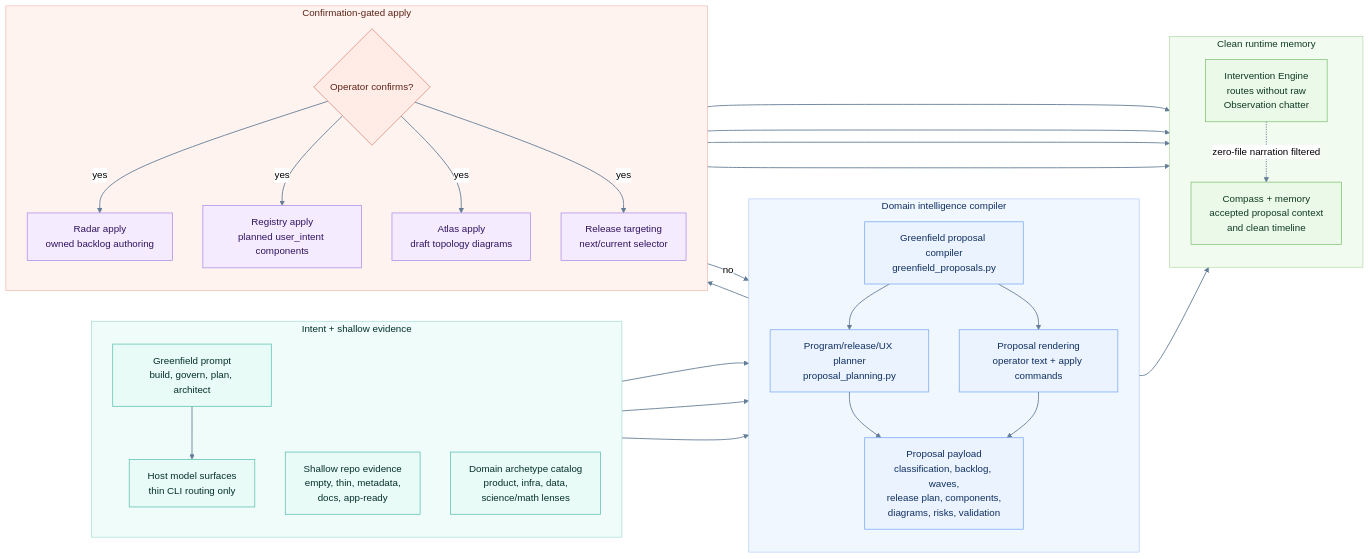
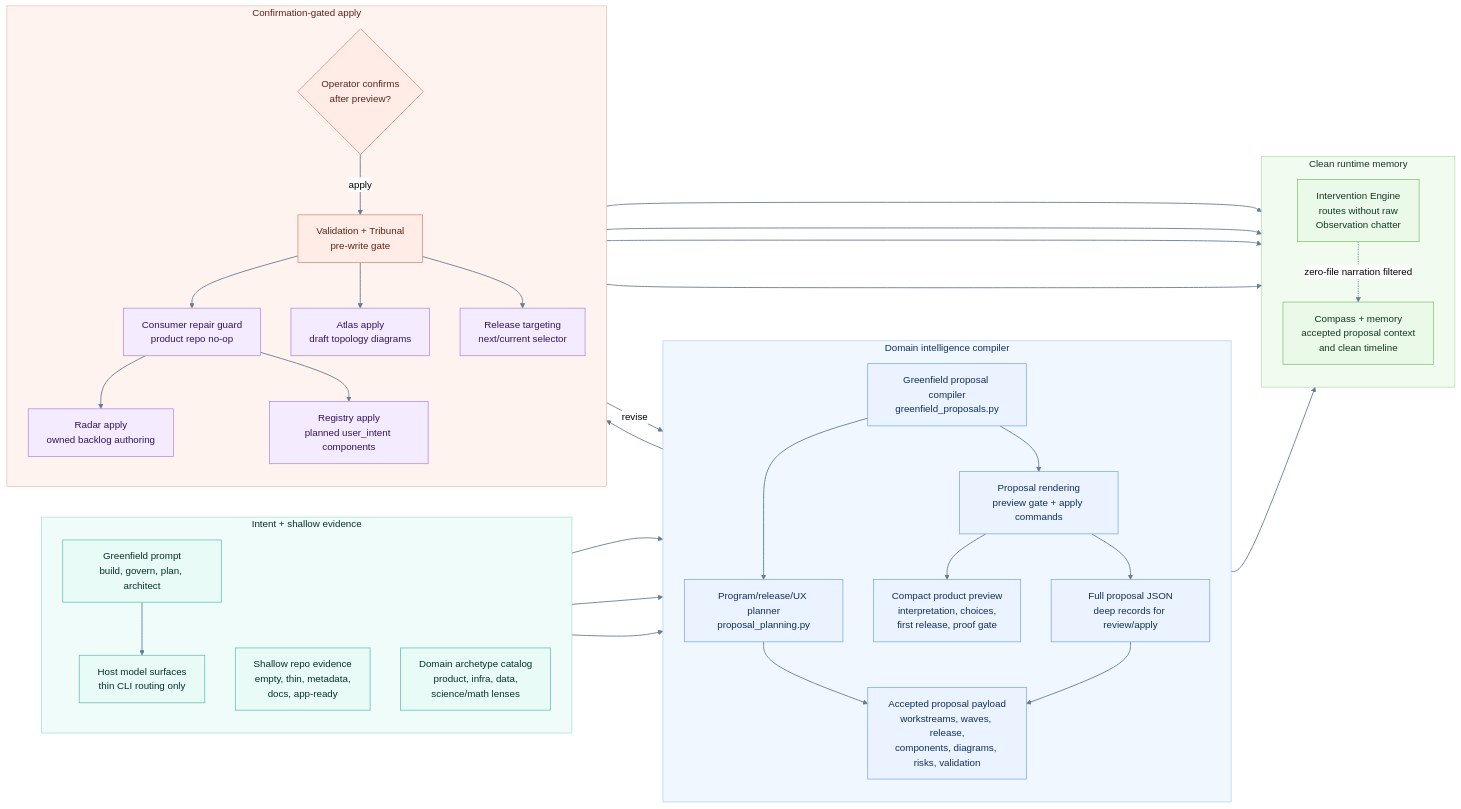
The diagram in odylith/atlas/source/domain-intelligence-greenfield-governance.mmd (odylith/odylith), drawn with Mermaid (neutral theme) before and after one commit. The commit also changed 63 other files, not shown here.

Commit message:
Harden greenfield preview gates and repair isolation

```diff
--- a/odylith/atlas/source/domain-intelligence-greenfield-governance.mmd
+++ b/odylith/atlas/source/domain-intelligence-greenfield-governance.mmd
@@ -1,67 +1,76 @@
 flowchart LR
     subgraph intent_lane["Intent + shallow evidence"]
       direction TB
       prompt["Greenfield prompt<br/>build, govern, plan, architect"]
       host["Host model surfaces<br/>thin CLI routing only"]
       source["Shallow repo evidence<br/>empty, thin, metadata,<br/>docs, app-ready"]
       catalog["Domain archetype catalog<br/>product, infra, data,<br/>science/math lenses"]
     end
 
     subgraph reasoning_lane["Domain intelligence compiler"]
       direction TB
       compiler["Greenfield proposal compiler<br/>greenfield_proposals.py"]
       planning["Program/release/UX planner<br/>proposal_planning.py"]
-      rendering["Proposal rendering<br/>operator text + apply commands"]
-      proposal["Proposal payload<br/>classification, backlog, waves,<br/>release plan, components,<br/>diagrams, risks, validation"]
+      rendering["Proposal rendering<br/>preview gate + apply commands"]
+      preview["Compact product preview<br/>interpretation, choices,<br/>first release, proof gate"]
+      fulljson["Full proposal JSON<br/>deep records for review/apply"]
+      proposal["Accepted proposal payload<br/>workstreams, waves, release,<br/>components, diagrams, risks, validation"]
     end
 
     subgraph confirmation_lane["Confirmation-gated apply"]
       direction TB
-      confirm{"Operator confirms?"}
+      confirm{"Operator confirms<br/>after preview?"}
+      tribunal["Validation + Tribunal<br/>pre-write gate"]
+      lane_guard["Consumer repair guard<br/>product repo no-op"]
       radar["Radar apply<br/>owned backlog authoring"]
       registry["Registry apply<br/>planned user_intent components"]
       atlas["Atlas apply<br/>draft topology diagrams"]
       release["Release targeting<br/>next/current selector"]
     end
 
     subgraph memory_lane["Clean runtime memory"]
       direction TB
       intervention["Intervention Engine<br/>routes without raw<br/>Observation chatter"]
       compass["Compass + memory<br/>accepted proposal context<br/>and clean timeline"]
     end
 
     prompt --> host
     host --> compiler
     source --> compiler
     catalog --> compiler
     compiler --> planning --> proposal
-    compiler --> rendering --> proposal
+    compiler --> rendering
+    rendering --> preview
+    rendering --> fulljson
+    fulljson --> proposal
+    preview --> confirm
     proposal --> intervention
-    proposal --> confirm
-    confirm -- "no" --> proposal
-    confirm -- "yes" --> radar
-    confirm -- "yes" --> registry
-    confirm -- "yes" --> atlas
-    confirm -- "yes" --> release
+    confirm -- "revise" --> preview
+    confirm -- "apply" --> tribunal
+    tribunal --> lane_guard
+    lane_guard --> radar
+    lane_guard --> registry
+    tribunal --> atlas
+    tribunal --> release
     radar --> compass
     registry --> compass
     atlas --> compass
     release --> compass
     intervention -. "zero-file narration filtered" .-> compass
 
     classDef input fill:#e8fbf7,stroke:#5bbfb2,color:#062f2b,stroke-width:1.2px;
     classDef intelligence fill:#eaf3ff,stroke:#77a9ef,color:#102f5f,stroke-width:1.2px;
     classDef decision fill:#ffece7,stroke:#df8f7d,color:#5c2418,stroke-width:1.3px;
     classDef apply fill:#f4ebff,stroke:#ad8ae6,color:#31135f,stroke-width:1.2px;
     classDef memory fill:#ebf9e8,stroke:#7ec373,color:#0f3a24,stroke-width:1.2px;
     class prompt,host,source,catalog input;
-    class compiler,planning,rendering,proposal intelligence;
-    class confirm decision;
-    class radar,registry,atlas,release apply;
+    class compiler,planning,rendering,preview,fulljson,proposal intelligence;
+    class confirm,tribunal decision;
+    class lane_guard,radar,registry,atlas,release apply;
     class intervention,compass memory;
 
     style intent_lane fill:#effcf9,stroke:#9bd8cf,stroke-width:1px,color:#062f2b
     style reasoning_lane fill:#f1f7ff,stroke:#a8c7f7,stroke-width:1px,color:#102f5f
     style confirmation_lane fill:#fff3f0,stroke:#efb3a4,stroke-width:1px,color:#5c2418
     style memory_lane fill:#f2fbef,stroke:#a9d69e,stroke-width:1px,color:#0f3a24
     linkStyle default stroke:#647d96,stroke-width:1.45px
```
